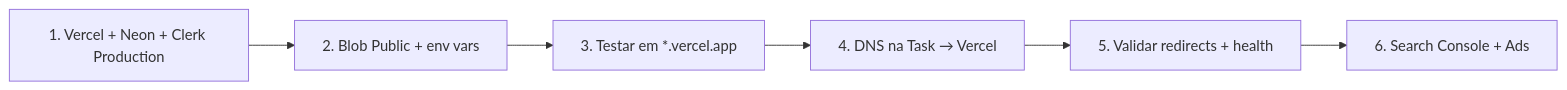
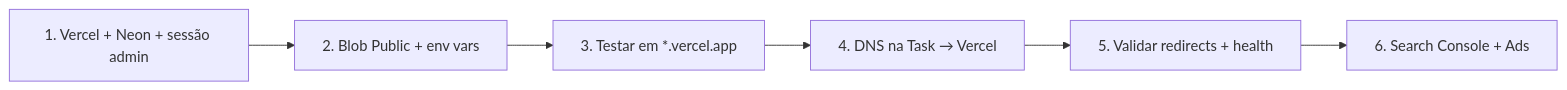
One commit to Agu1lar/Site-Acesso-Equipamentos changed the diagram in docs/GO-LIVE-GATE.md. Above: the diagram before and after it, drawn with Mermaid. The commit also changed other lines of this file and 10 other files, not shown here.

````diff
--- a/docs/GO-LIVE-GATE.md
+++ b/docs/GO-LIVE-GATE.md
@@ -13,8 +13,8 @@
 ```mermaid
 flowchart LR
-  A[1. Vercel + Neon + Clerk Production] --> B[2. Blob Public + env vars]
+  A[1. Vercel + Neon + sessão admin] --> B[2. Blob Public + env vars]
   B --> C[3. Testar em *.vercel.app]
   C --> D[4. DNS na Task → Vercel]
   D --> E[5. Validar redirects + health]
   E --> F[6. Search Console + Ads]
 ```
````
